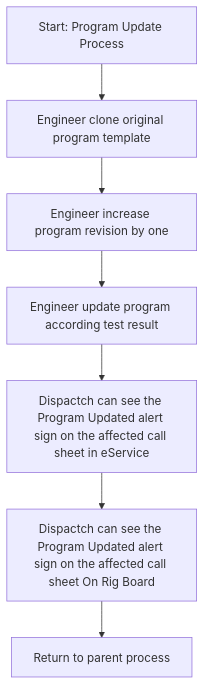
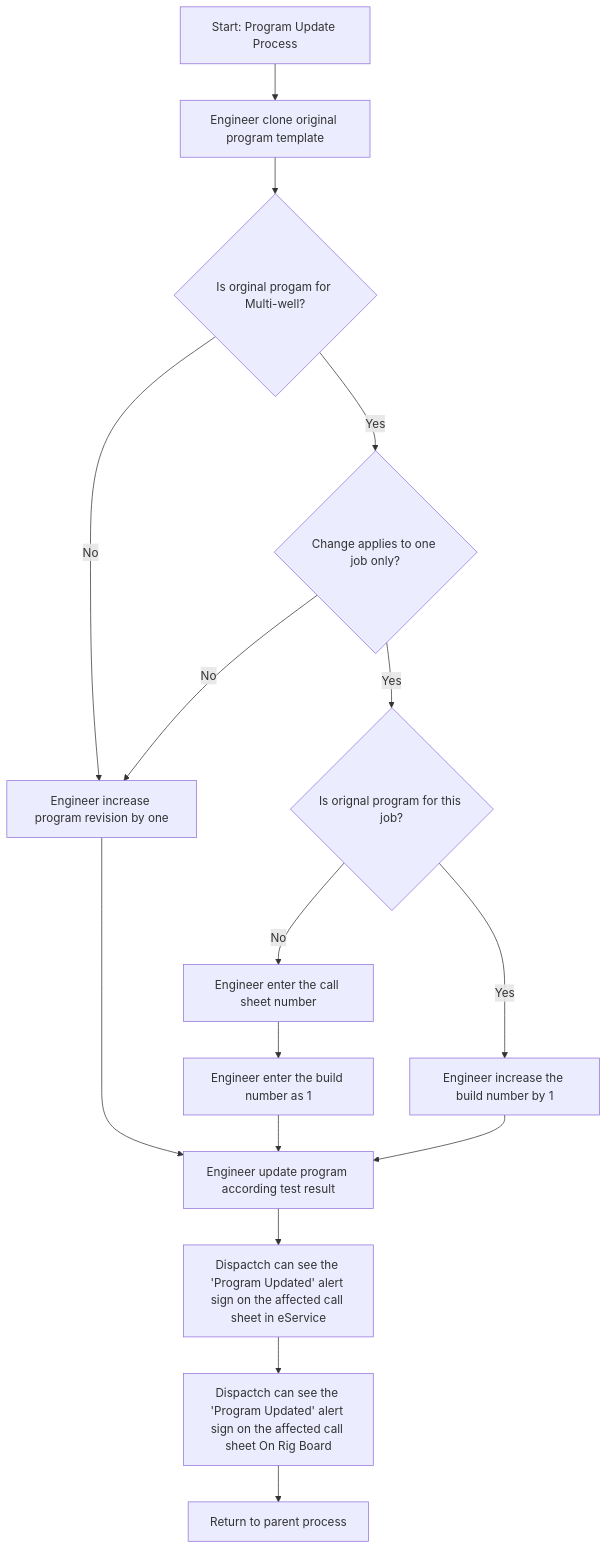
One commit to Sanjel-Energy-Services/eService_WorkItems changed the diagram in Documents/04 - Cementing Service Request/09 - Prepare Material/05 - Blend Approval Process/10 - Program Update/process.md. Above: the diagram before and after it, drawn with Mermaid. The commit also changed 1 other file, not shown here.

Commit message:
Update Program process per multi-well

````diff
--- a/Documents/04 - Cementing Service Request/09 - Prepare Material/05 - Blend Approval Process/10 - Program Update/process.md
+++ b/Documents/04 - Cementing Service Request/09 - Prepare Material/05 - Blend Approval Process/10 - Program Update/process.md
@@ -4,10 +4,19 @@
 ```mermaid
 flowchart TD
     A[Start: Program Update Process] --> B[Engineer clone original program template]
-    B --> C[Engineer increase program revision by one]
+    B-->Z{Is orginal progam for Multi-well?}
+    Z --> |No|C[Engineer increase program revision by one]
+    Z --> |Yes| Y{ Change applies to one job only? }
+    Y --> |No| C
+    Y --> |Yes| X{ Is orignal program for this job?}
+    X --> |No| T[Engineer enter the call sheet number]
+    T --> S[Engineer enter the build number as 1]
+    S --> D
+    X --> |Yes| R[Engineer increase the build number by 1]
+    R --> D
     C --> D[Engineer update program according test result]
-    D --> E[Dispactch can see the Program Updated alert sign on the affected call sheet in eService ]
-    E --> F[Dispactch can see the Program Updated alert sign on the affected call sheet On Rig Board ]
+    D --> E[Dispactch can see the 'Program Updated' alert sign on the affected call sheet in eService ]
+    E --> F[Dispactch can see the 'Program Updated' alert sign on the affected call sheet On Rig Board ]
     F --> G[Return to parent process]
 
 ```
````
